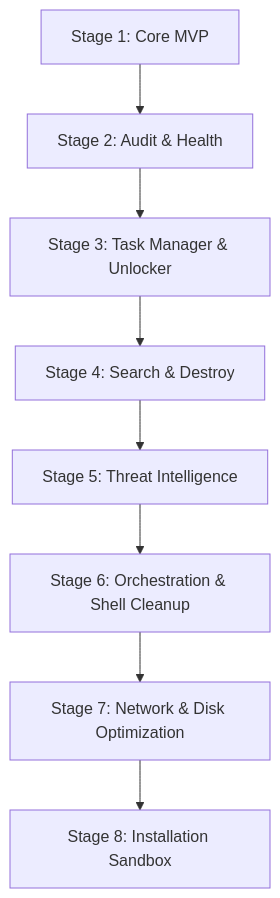
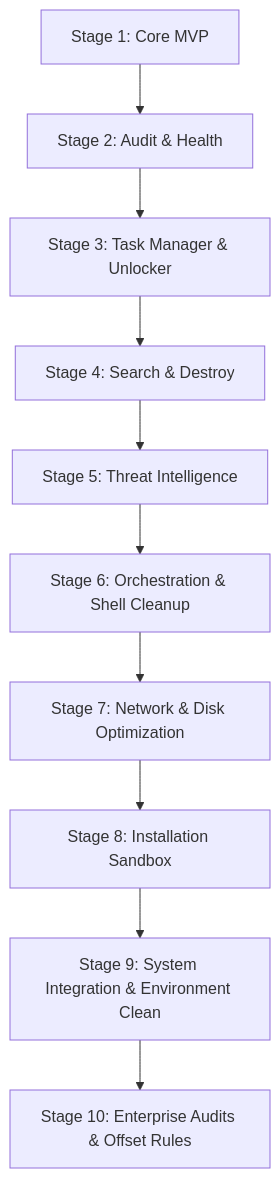
The diagram in docs/roadmap.md (QuantumMonkey/Vanish), drawn with Mermaid before and after one commit. The commit also changed other lines of this file and 1 other file, not shown here.

Commit message:
docs: Add final system integration and enterprise audit stages to roadmap and research logs

````diff
--- a/docs/roadmap.md
+++ b/docs/roadmap.md
@@ -9,10 +9,12 @@
 ```mermaid
 graph TD
     P1[Stage 1: Core MVP] --> P2[Stage 2: Audit & Health]
     P2 --> P3[Stage 3: Task Manager & Unlocker]
     P3 --> P4[Stage 4: Search & Destroy]
     P4 --> P5[Stage 5: Threat Intelligence]
     P5 --> P6[Stage 6: Orchestration & Shell Cleanup]
     P6 --> P7[Stage 7: Network & Disk Optimization]
     P7 --> P8[Stage 8: Installation Sandbox]
+    P8 --> P9[Stage 9: System Integration & Environment Clean]
+    P9 --> P10[Stage 10: Enterprise Audits & Offset Rules]
 ```
````
